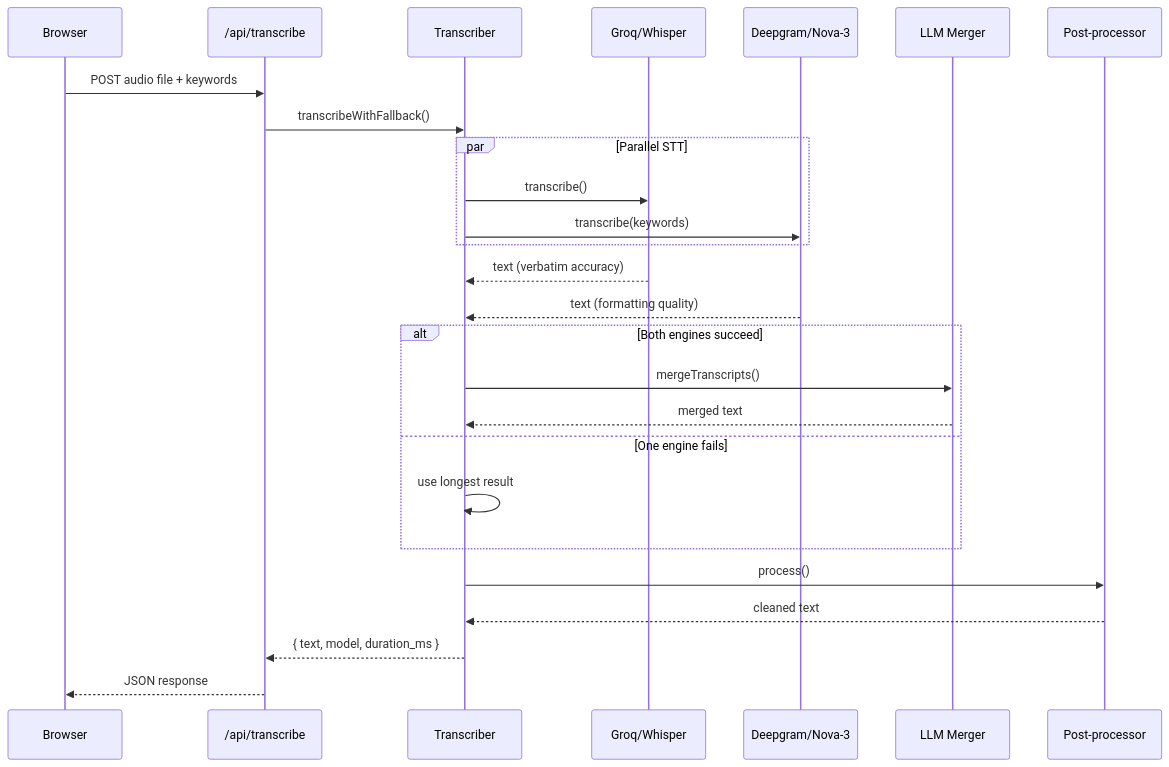
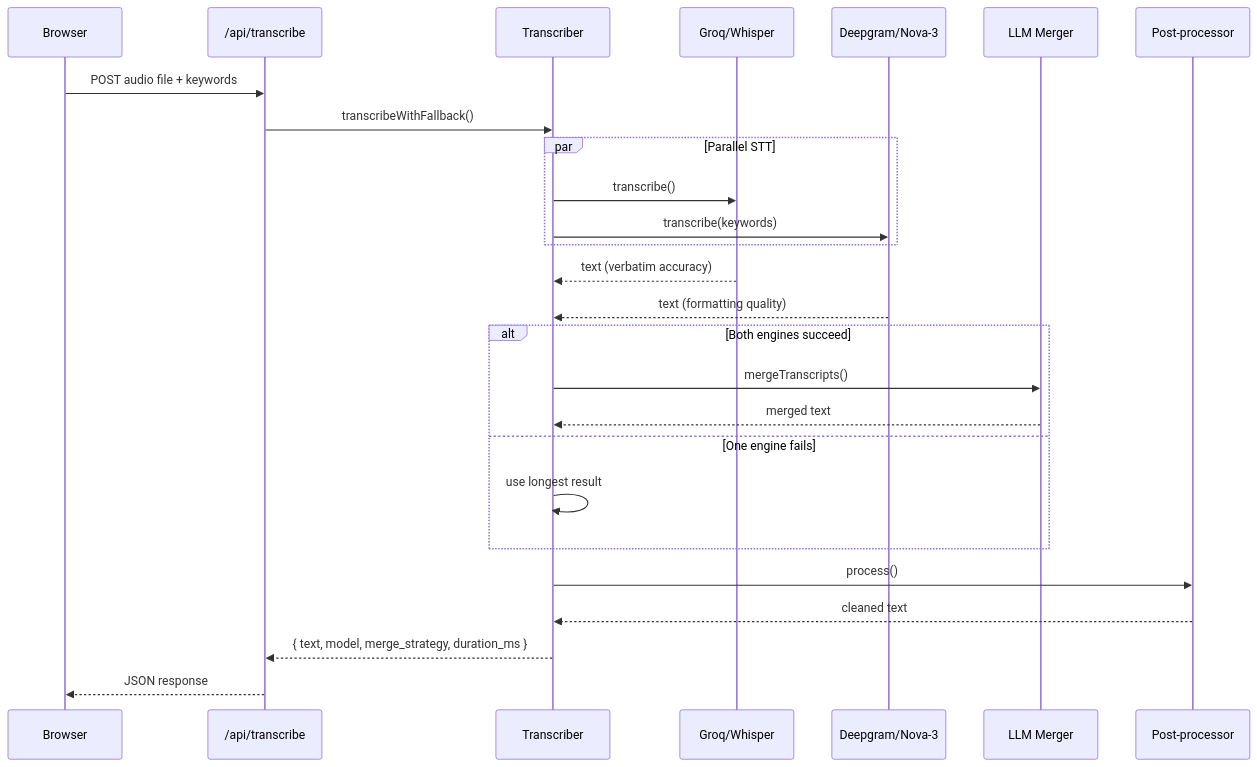
The fourth of 5 diagrams in README.md (Snehit70/voice_web), drawn with Mermaid before and after one commit. The commit also changed other lines of this file and 4 other files, not shown here.

````diff
--- a/README.md
+++ b/README.md
@@ -121,33 +121,33 @@
 ```mermaid
 sequenceDiagram
     participant Browser
     participant API as /api/transcribe
     participant Transcriber
     participant Groq as Groq/Whisper
     participant Deepgram as Deepgram/Nova-3
     participant LLM as LLM Merger
     participant PP as Post-processor
 
     Browser->>API: POST audio file + keywords
     API->>Transcriber: transcribeWithFallback()
     
     par Parallel STT
         Transcriber->>Groq: transcribe()
         Transcriber->>Deepgram: transcribe(keywords)
     end
 
     Groq-->>Transcriber: text (verbatim accuracy)
     Deepgram-->>Transcriber: text (formatting quality)
 
     alt Both engines succeed
         Transcriber->>LLM: mergeTranscripts()
         LLM-->>Transcriber: merged text
     else One engine fails
         Transcriber->>Transcriber: use longest result
     end
 
     Transcriber->>PP: process()
     PP-->>Transcriber: cleaned text
-    Transcriber-->>API: { text, model, duration_ms }
+    Transcriber-->>API: { text, model, merge_strategy, duration_ms }
     API-->>Browser: JSON response
 ```
````
